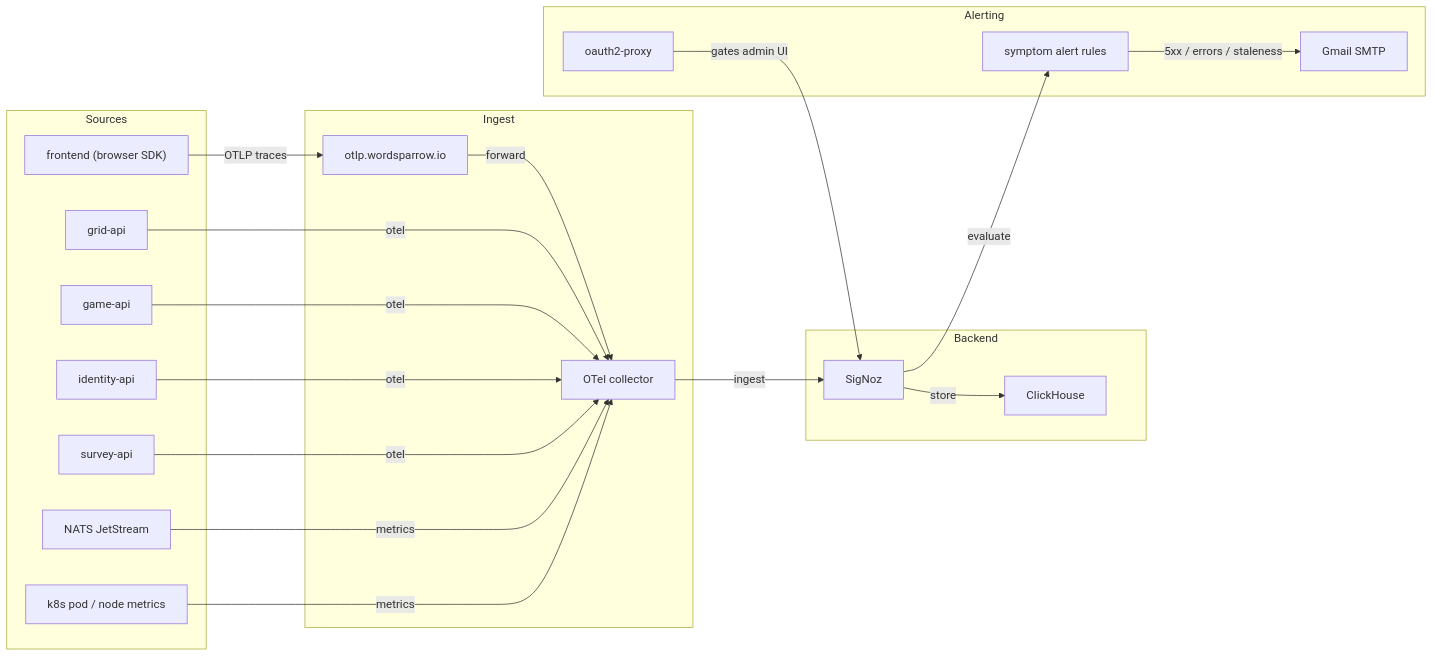
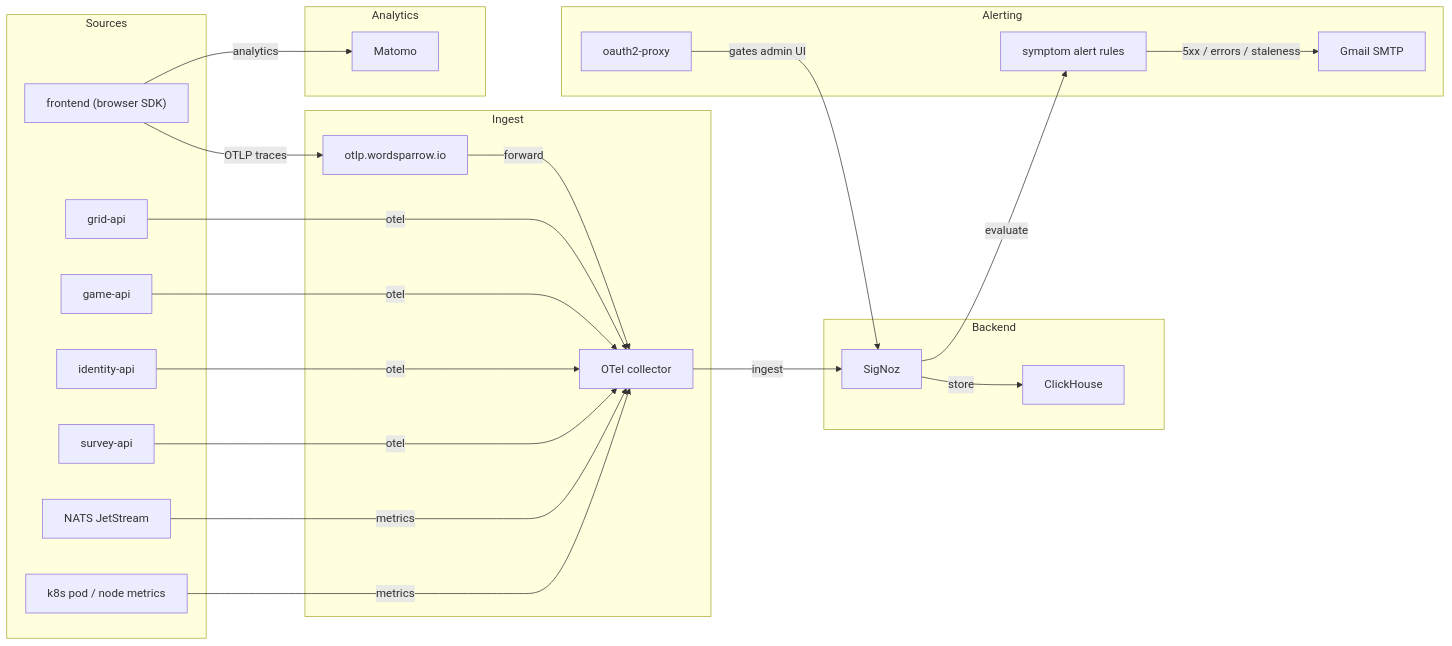
One commit to Ishou/wordsparrow changed the fourth of 5 diagrams in README.md. Above: the diagram before and after it, drawn with Mermaid. The commit also changed other lines of this file and 3 other files, not shown here.

First line of the commit message:
refactor(infra-diagrams): align cluster edges with flow and surface matomo

````diff
--- a/README.md
+++ b/README.md
@@ -176,38 +176,42 @@
 ```mermaid
 flowchart LR
   subgraph Sources
     frontend["frontend (browser SDK)"]
     grid["grid-api"]
     game["game-api"]
     identity["identity-api"]
     survey["survey-api"]
     nats["NATS JetStream"]
     k8smetrics["k8s pod / node metrics"]
   end
   subgraph Ingest
     otlpingress["otlp.wordsparrow.io"]
     collector["OTel collector"]
   end
   subgraph Backend
     signoz["SigNoz"]
     clickhouse["ClickHouse"]
   end
+  subgraph Analytics
+    matomo["Matomo"]
+  end
   subgraph Alerting
     alerts["symptom alert rules"]
     gmail["Gmail SMTP"]
     oauth2["oauth2-proxy"]
   end
+  frontend -->|analytics| matomo
   frontend -->|OTLP traces| otlpingress
   otlpingress -->|forward| collector
   grid -->|otel| collector
   game -->|otel| collector
   identity -->|otel| collector
   survey -->|otel| collector
   nats -->|metrics| collector
   k8smetrics -->|metrics| collector
   collector -->|ingest| signoz
   signoz -->|store| clickhouse
   signoz -->|evaluate| alerts
   alerts -->|5xx / errors / staleness| gmail
   oauth2 -->|gates admin UI| signoz
 ```
````
